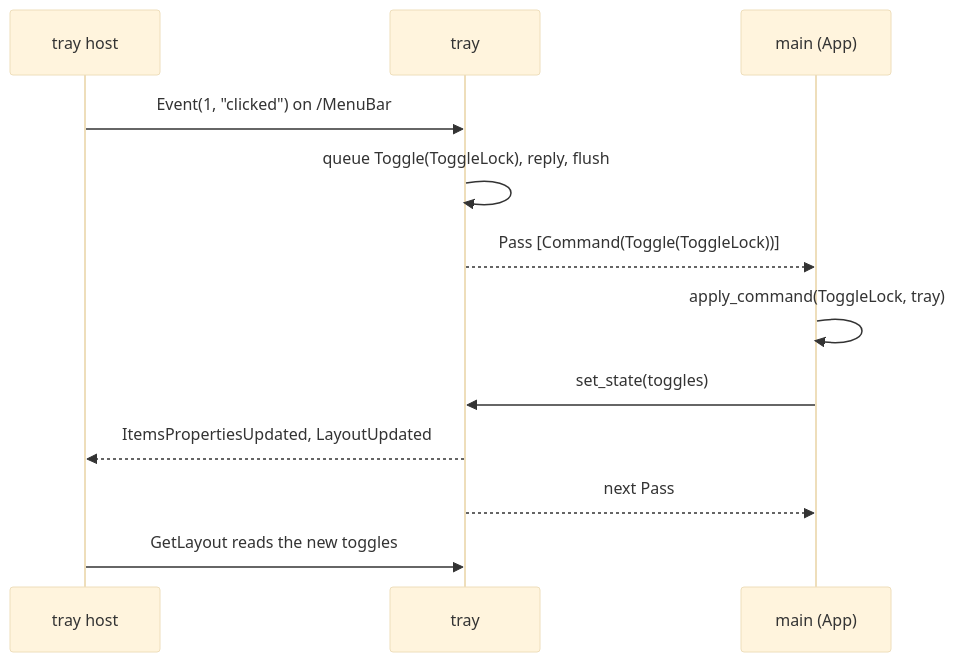
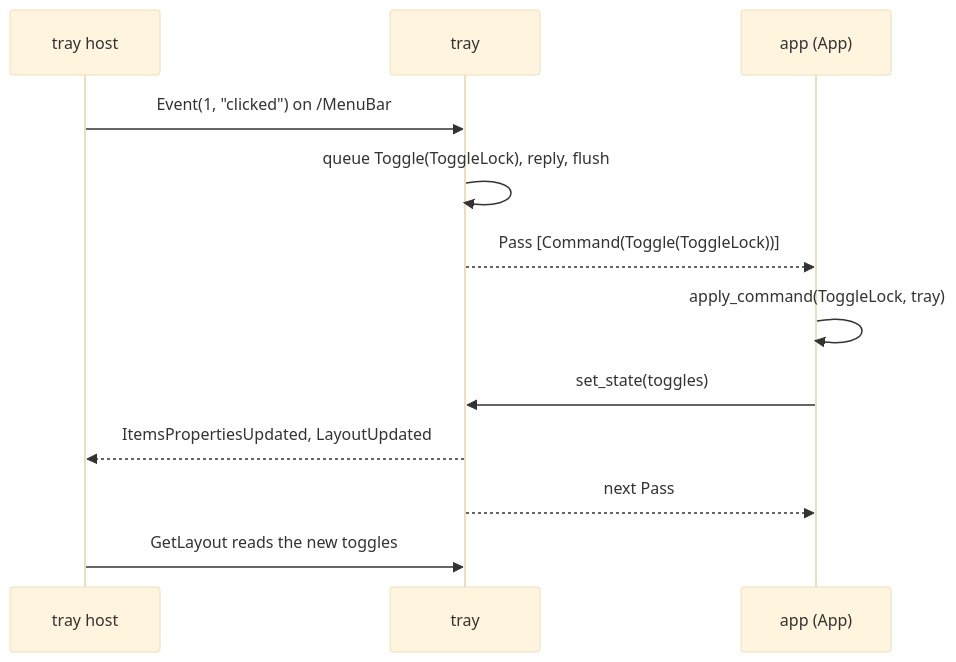
Before and after one commit to greg2010/hypr-eve-preview: the third of 3 diagrams in docs/control.md, drawn with Mermaid (base theme). The commit also changed other lines of this file and 4 other files, not shown here.

````diff
--- a/docs/control.md
+++ b/docs/control.md
@@ -94,14 +96,14 @@
 ```mermaid
 sequenceDiagram
   participant H as tray host
   participant T as tray
-  participant A as main (App)
+  participant A as app (App)
   H->>T: Event(1, "clicked") on /MenuBar
   T->>T: queue Toggle(ToggleLock), reply, flush
   T-->>A: Pass [Command(Toggle(ToggleLock))]
   A->>A: apply_command(ToggleLock, tray)
   A->>T: set_state(toggles)
   T-->>H: ItemsPropertiesUpdated, LayoutUpdated
   T-->>A: next Pass
   H->>T: GetLayout reads the new toggles
 ```
````
